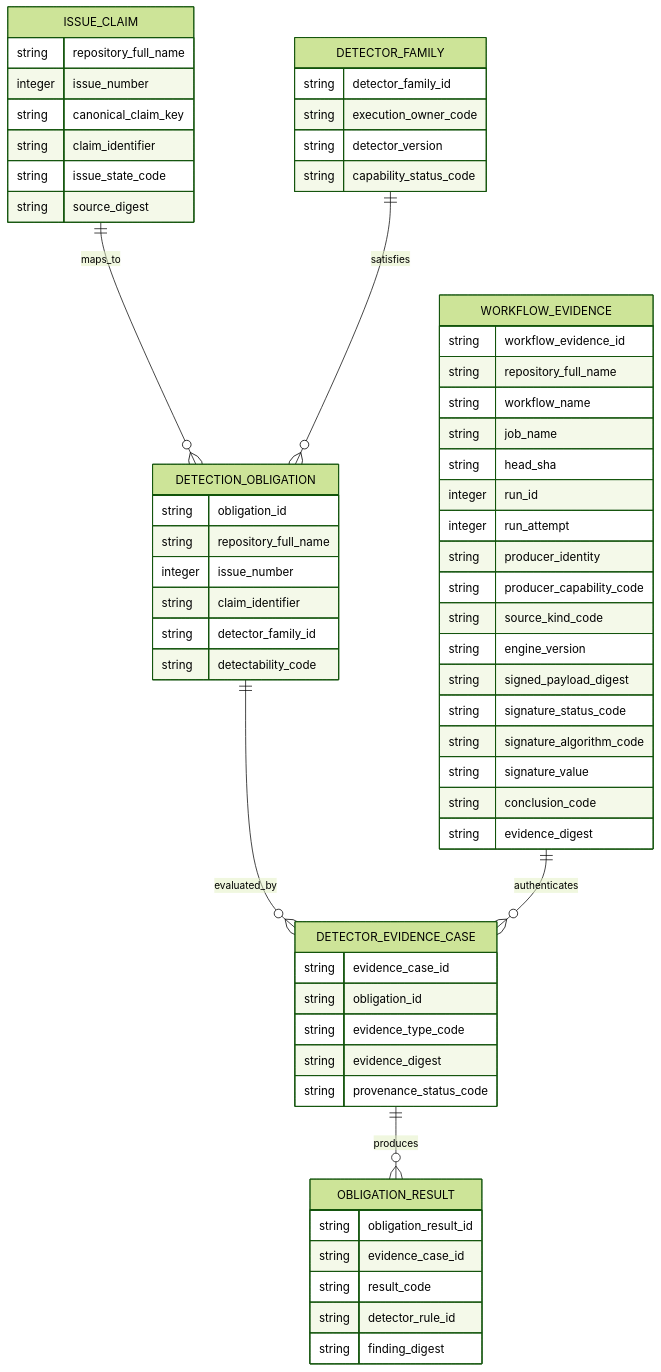
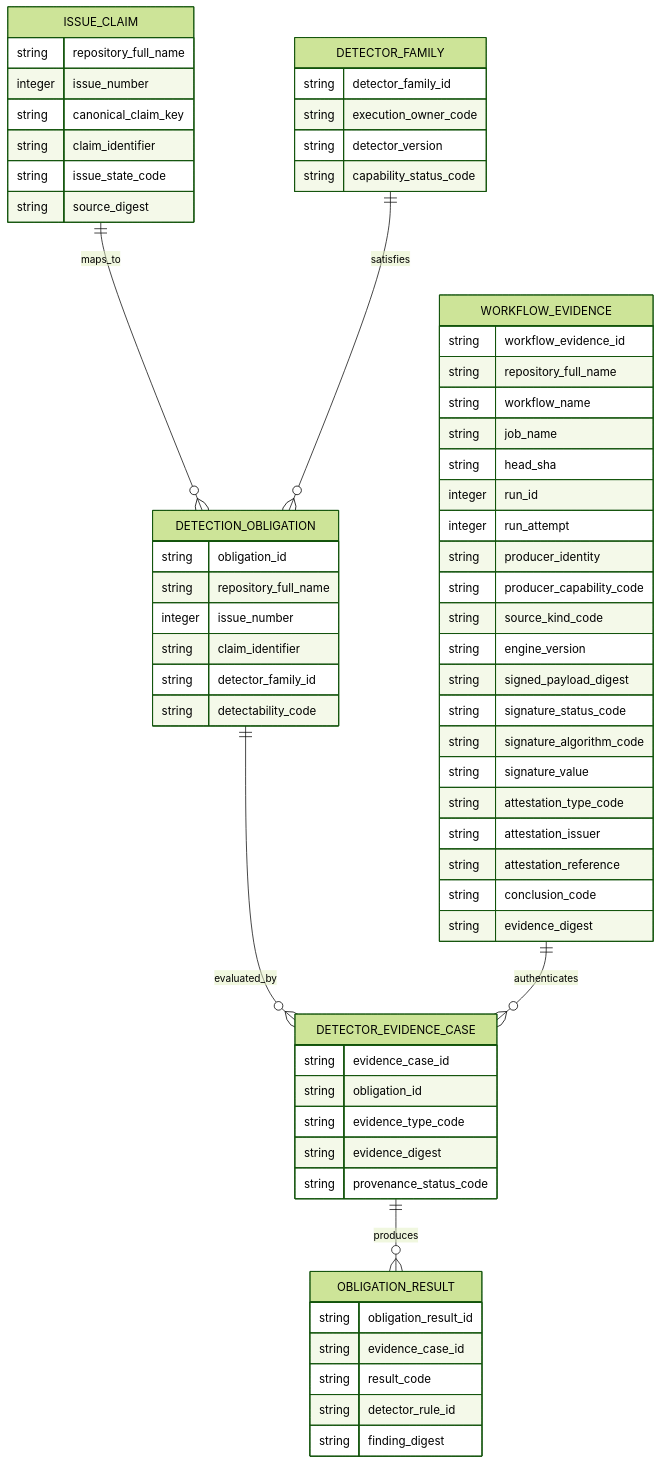
One commit to ContextualWisdomLab/appguardrail changed the second of 3 diagrams in docs/ERD.md. Above: the diagram before and after it, drawn with Mermaid (forest theme). The commit also changed other lines of this file, not shown here.

````diff
--- a/docs/ERD.md
+++ b/docs/ERD.md
@@ -103,69 +105,72 @@
 ```mermaid
 erDiagram
     ISSUE_CLAIM ||--o{ DETECTION_OBLIGATION : maps_to
     DETECTOR_FAMILY ||--o{ DETECTION_OBLIGATION : satisfies
     DETECTION_OBLIGATION ||--o{ DETECTOR_EVIDENCE_CASE : evaluated_by
     DETECTOR_EVIDENCE_CASE ||--o{ OBLIGATION_RESULT : produces
     WORKFLOW_EVIDENCE ||--o{ DETECTOR_EVIDENCE_CASE : authenticates
 
     ISSUE_CLAIM {
       string repository_full_name
       integer issue_number
       string canonical_claim_key
       string claim_identifier
       string issue_state_code
       string source_digest
     }
 
     DETECTOR_FAMILY {
       string detector_family_id
       string execution_owner_code
       string detector_version
       string capability_status_code
     }
 
     DETECTION_OBLIGATION {
       string obligation_id
       string repository_full_name
       integer issue_number
       string claim_identifier
       string detector_family_id
       string detectability_code
     }
 
     DETECTOR_EVIDENCE_CASE {
       string evidence_case_id
       string obligation_id
       string evidence_type_code
       string evidence_digest
       string provenance_status_code
     }
 
     OBLIGATION_RESULT {
       string obligation_result_id
       string evidence_case_id
       string result_code
       string detector_rule_id
       string finding_digest
     }
 
     WORKFLOW_EVIDENCE {
       string workflow_evidence_id
       string repository_full_name
       string workflow_name
       string job_name
       string head_sha
       integer run_id
       integer run_attempt
       string producer_identity
       string producer_capability_code
       string source_kind_code
       string engine_version
       string signed_payload_digest
       string signature_status_code
       string signature_algorithm_code
       string signature_value
+      string attestation_type_code
+      string attestation_issuer
+      string attestation_reference
       string conclusion_code
       string evidence_digest
     }
 ```
````
